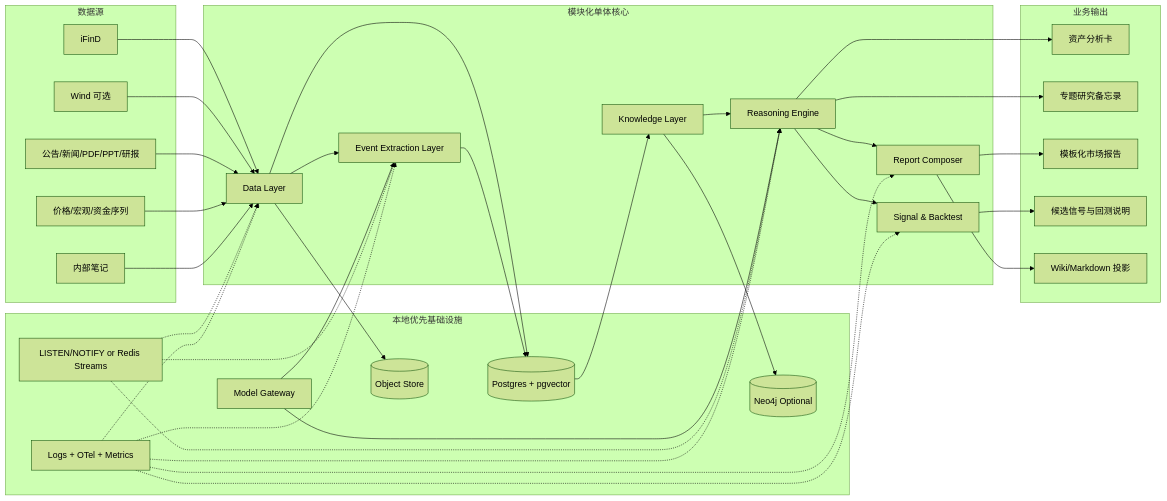
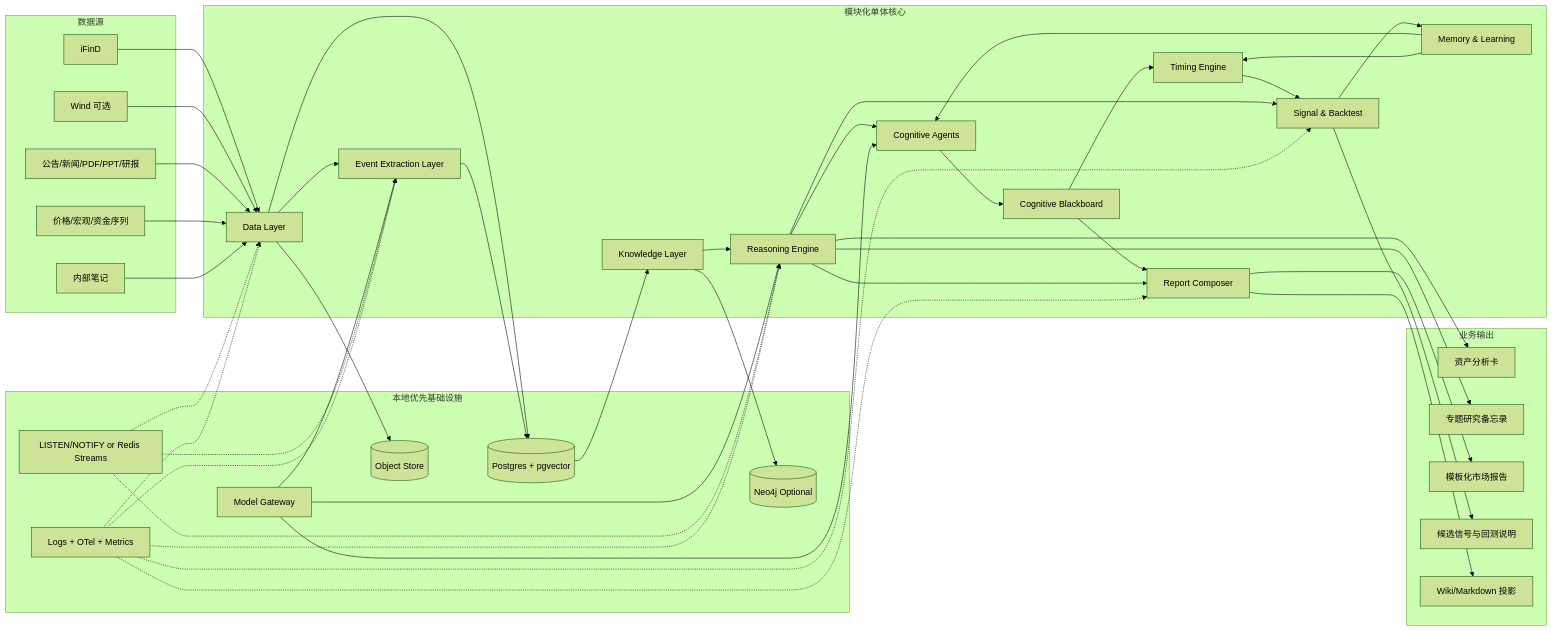
Before and after one commit to Leon-Huang001208/ResearchWorkbench: the diagram in docs/AI-RESEARCH-PLATFORM-REWRITE-DESIGN.md, drawn with Mermaid (forest theme). The commit also changed other lines of this file and 167 other files, not shown here.

````diff
--- a/docs/AI-RESEARCH-PLATFORM-REWRITE-DESIGN.md
+++ b/docs/AI-RESEARCH-PLATFORM-REWRITE-DESIGN.md
@@ -53,66 +56,79 @@
 ```mermaid
 flowchart LR
     subgraph Sources["数据源"]
         S1["iFinD"]
         S2["Wind 可选"]
         S3["公告/新闻/PDF/PPT/研报"]
         S4["价格/宏观/资金序列"]
         S5["内部笔记"]
     end
 
     subgraph Core["模块化单体核心"]
         D["Data Layer"]
         K["Knowledge Layer"]
         E["Event Extraction Layer"]
         R["Reasoning Engine"]
+        G["Cognitive Agents"]
+        B["Cognitive Blackboard"]
+        T["Timing Engine"]
+        M["Memory & Learning"]
         C["Report Composer"]
         A["Signal & Backtest"]
     end
 
     subgraph Infra["本地优先基础设施"]
         PG[("Postgres + pgvector")]
         OBJ[("Object Store")]
         GRAPH[("Neo4j Optional")]
         QUEUE["LISTEN/NOTIFY or Redis Streams"]
         MG["Model Gateway"]
         OBS["Logs + OTel + Metrics"]
     end
 
     subgraph Outputs["业务输出"]
         U1["资产分析卡"]
         U2["专题研究备忘录"]
         U3["模板化市场报告"]
         U4["候选信号与回测说明"]
         U5["Wiki/Markdown 投影"]
     end
 
     S1 --> D
     S2 --> D
     S3 --> D
     S4 --> D
     S5 --> D
     D --> OBJ
     D --> PG
     D --> E
     E --> PG
     PG --> K
     K --> GRAPH
     K --> R
+    R --> G
+    G --> B
+    B --> T
+    T --> A
+    A --> M
+    M --> G
+    M --> T
+    B --> C
     MG --> E
     MG --> R
+    MG --> G
     R --> C
     R --> A
     C --> U3
     C --> U5
     R --> U1
     R --> U2
     A --> U4
     QUEUE -.-> D
     QUEUE -.-> E
     QUEUE -.-> R
     OBS -.-> D
     OBS -.-> E
     OBS -.-> R
     OBS -.-> C
     OBS -.-> A
 ```
````
